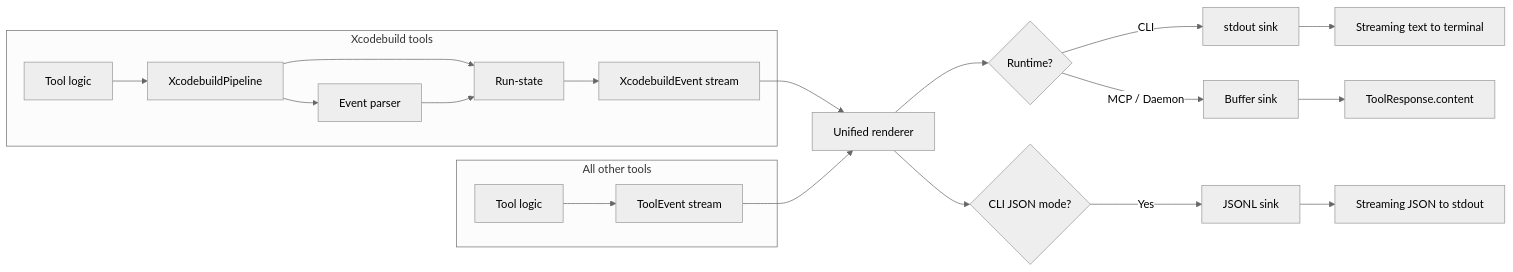
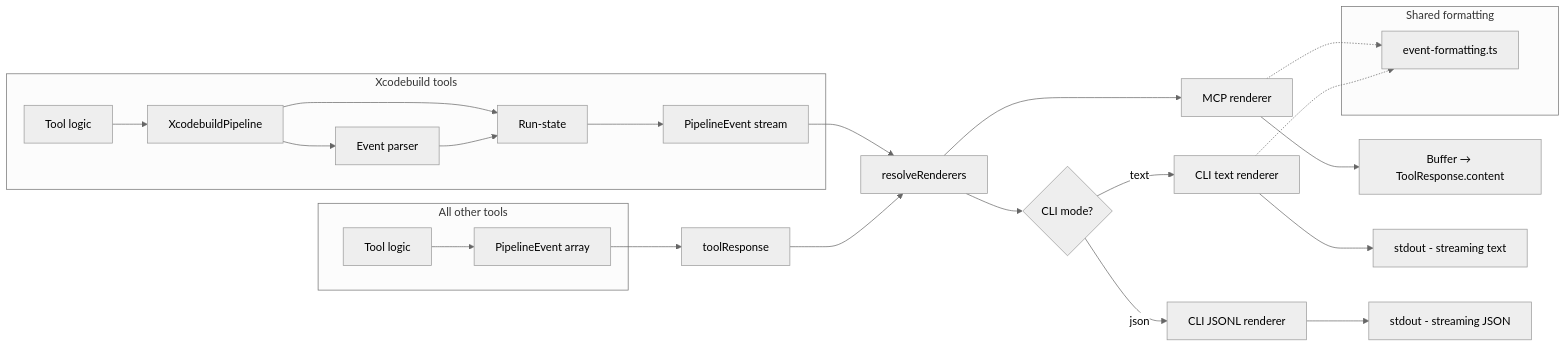
The diagram in docs/dev/STRUCTURED_XCODEBUILD_EVENTS_PLAN.md (ZacharyP8671062arker/XcodeBuildMCP), drawn with Mermaid (neutral theme) before and after one commit. The commit also changed other lines of this file and 11 other files, not shown here.

First line of the commit message:
refactor: re-migrate 6 holdout tools to structured PipelineEvent pipeline

````diff
--- a/docs/dev/STRUCTURED_XCODEBUILD_EVENTS_PLAN.md
+++ b/docs/dev/STRUCTURED_XCODEBUILD_EVENTS_PLAN.md
@@ -241,28 +244,35 @@
 ```mermaid
 flowchart LR
     subgraph "Xcodebuild tools"
         A[Tool logic] --> B[XcodebuildPipeline]
         B --> C[Event parser]
         B --> D[Run-state]
         C --> D
-        D --> E[XcodebuildEvent stream]
+        D --> E[PipelineEvent stream]
     end
 
     subgraph "All other tools"
-        F[Tool logic] --> G[ToolEvent stream]
+        F[Tool logic] --> G[PipelineEvent array]
     end
 
-    E --> H[Unified renderer]
-    G --> H
+    E --> H[resolveRenderers]
+    G --> I[toolResponse] --> H
 
-    H --> I{Runtime?}
-    I -->|CLI| J[stdout sink]
-    I -->|MCP / Daemon| K[Buffer sink]
+    H --> J[MCP renderer]
+    H --> K{CLI mode?}
 
-    J --> L[Streaming text to terminal]
-    K --> M[ToolResponse.content]
+    J --> L[Buffer → ToolResponse.content]
 
-    H --> N{CLI JSON mode?}
-    N -->|Yes| O[JSONL sink]
-    O --> P[Streaming JSON to stdout]
+    K -->|text| M[CLI text renderer]
+    K -->|json| N[CLI JSONL renderer]
+
+    M --> O[stdout - streaming text]
+    N --> P[stdout - streaming JSON]
+
+    subgraph "Shared formatting"
+        Q[event-formatting.ts]
+    end
+
+    J -.-> Q
+    M -.-> Q
 ```
````
